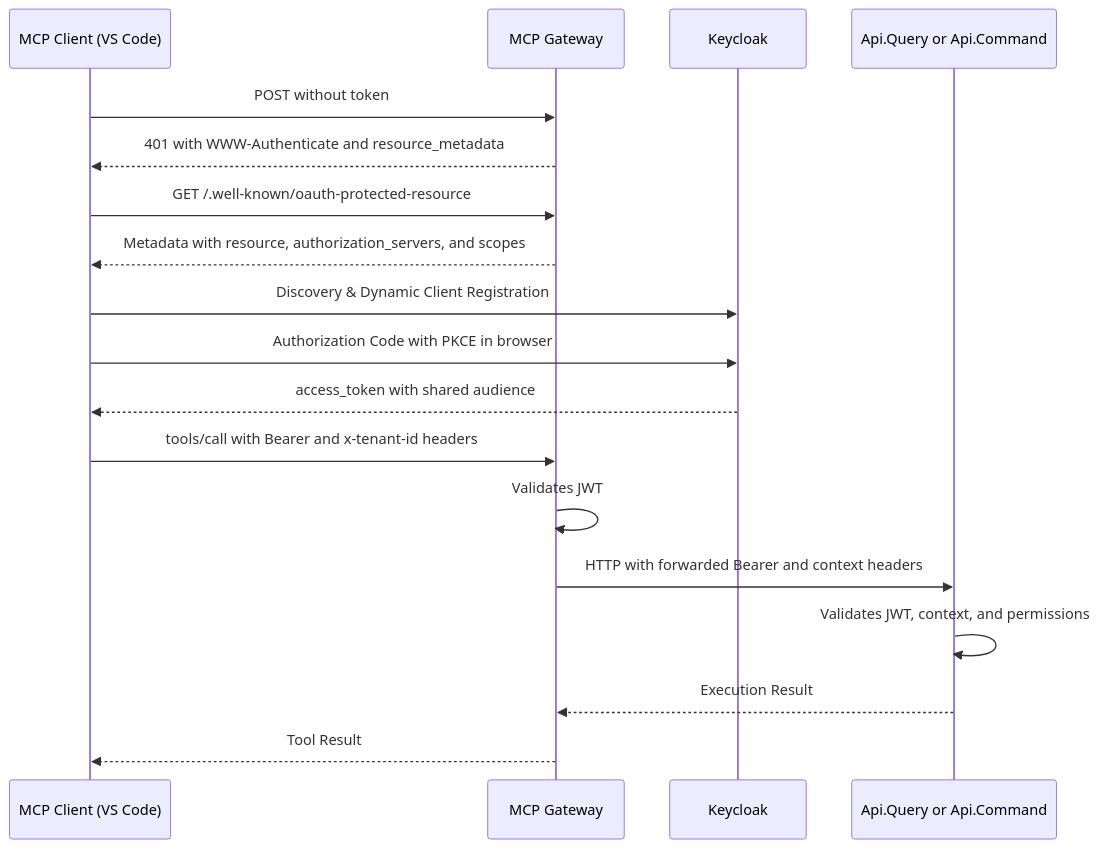
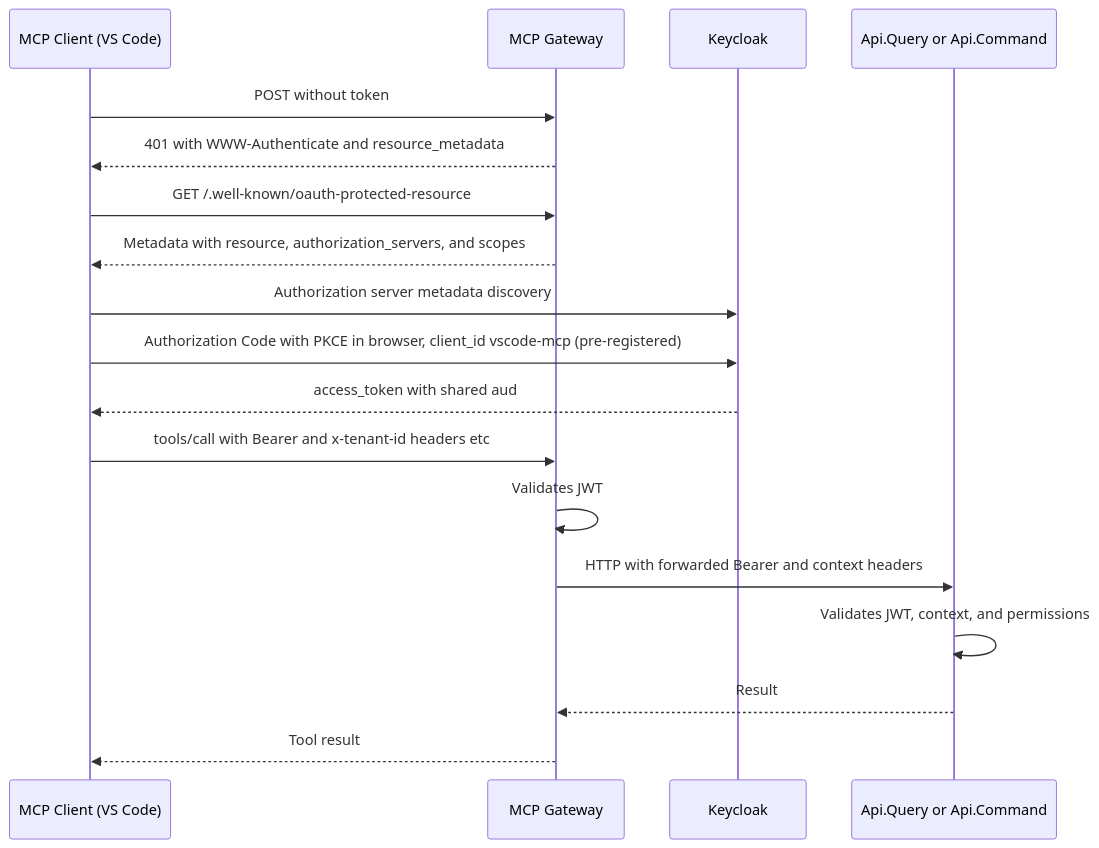
The third of 3 diagrams in src/JordiAragonZaragoza.SharedKernel.Presentation.HttpRestfulApi/Identity/Authentication.md (jordiaragonzaragoza/JordiAragonZaragoza.SharedKernel), drawn with Mermaid before and after one commit. The commit also changed other lines of this file and 2 other files, not shown here.

````diff
--- a/src/JordiAragonZaragoza.SharedKernel.Presentation.HttpRestfulApi/Identity/Authentication.md
+++ b/src/JordiAragonZaragoza.SharedKernel.Presentation.HttpRestfulApi/Identity/Authentication.md
@@ -285,21 +339,21 @@
 ```mermaid
 sequenceDiagram
     participant C as MCP Client (VS Code)
     participant G as MCP Gateway
     participant K as Keycloak
     participant A as Api.Query or Api.Command
 
     C->>G: POST without token
     G-->>C: 401 with WWW-Authenticate and resource_metadata
     C->>G: GET /.well-known/oauth-protected-resource
     G-->>C: Metadata with resource, authorization_servers, and scopes
-    C->>K: Discovery & Dynamic Client Registration
-    C->>K: Authorization Code with PKCE in browser
-    K-->>C: access_token with shared audience
-    C->>G: tools/call with Bearer and x-tenant-id headers
+    C->>K: Authorization server metadata discovery
+    C->>K: Authorization Code with PKCE in browser, client_id vscode-mcp (pre-registered)
+    K-->>C: access_token with shared aud
+    C->>G: tools/call with Bearer and x-tenant-id headers etc
     G->>G: Validates JWT
     G->>A: HTTP with forwarded Bearer and context headers
     A->>A: Validates JWT, context, and permissions
-    A-->>G: Execution Result
-    G-->>C: Tool Result
+    A-->>G: Result
+    G-->>C: Tool result
 ```
````
